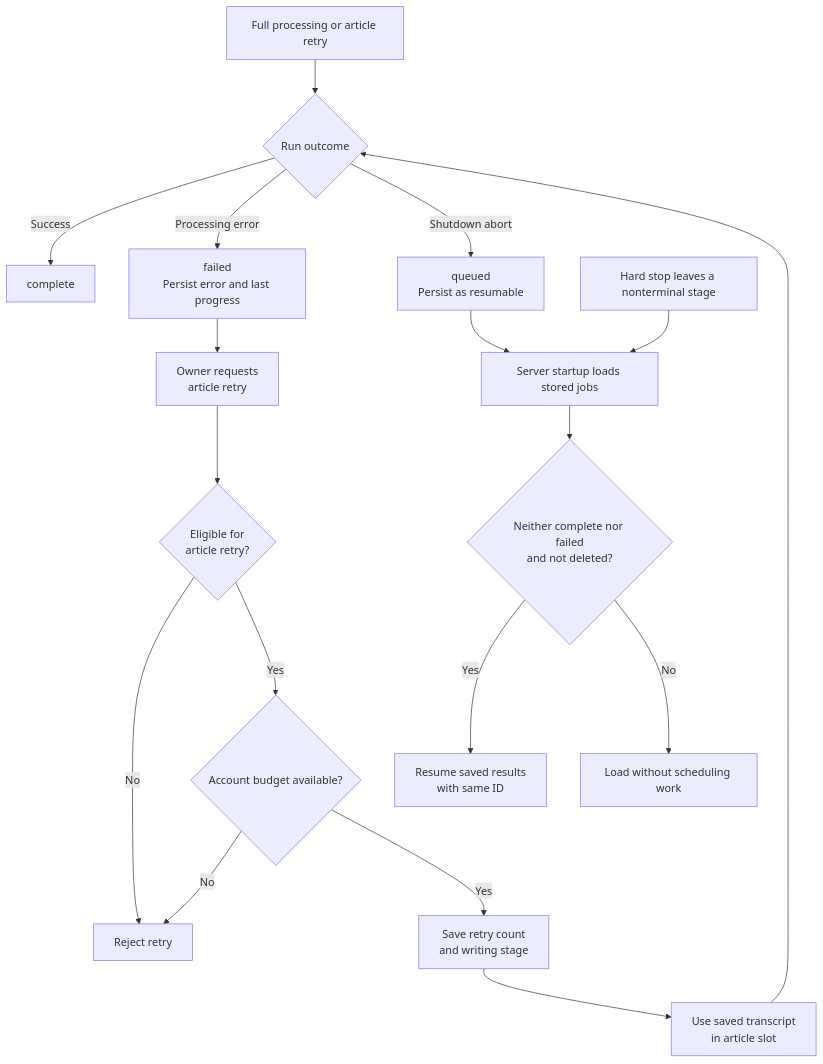
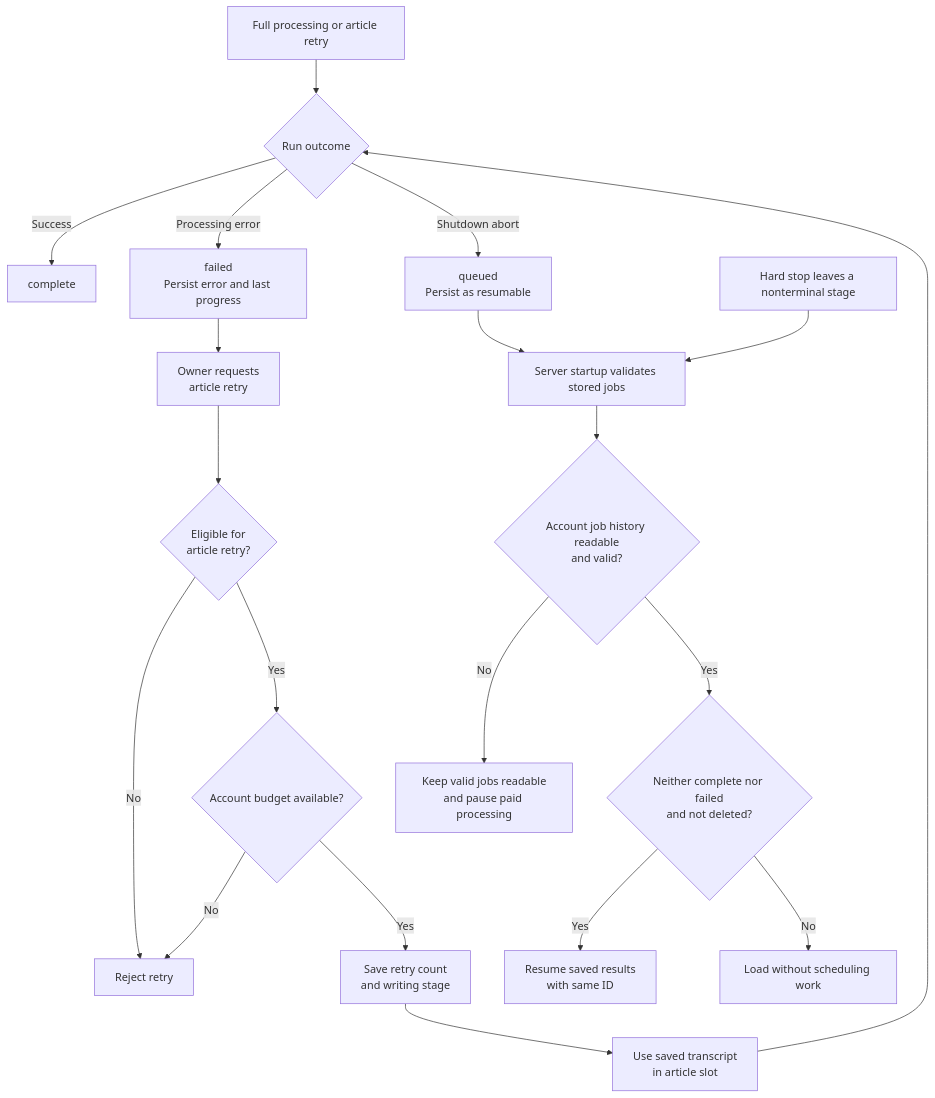
The second of 6 diagrams in docs/SERVICE-FLOWS.md (rogierslag/podcast2article), drawn with Mermaid before and after one commit. The commit also changed other lines of this file and 21 other files, not shown here.

Commit message:
Validate stored jobs and isolate corrupt records

````diff
--- a/docs/SERVICE-FLOWS.md
+++ b/docs/SERVICE-FLOWS.md
@@ -70,20 +70,22 @@
 ```mermaid
 flowchart TD
     Run["Full processing or article retry"] --> Outcome{"Run outcome"}
     Outcome -->|Success| Complete["complete"]
     Outcome -->|Processing error| Failed["failed<br/>Persist error and last progress"]
     Outcome -->|Shutdown abort| Queued["queued<br/>Persist as resumable"]
     Failed --> Retry["Owner requests<br/>article retry"]
     Retry --> Eligible{"Eligible for<br/>article retry?"}
     Eligible -->|No| Reject["Reject retry"]
     Eligible -->|Yes| Budget{"Account budget available?"}
     Budget -->|No| Reject
     Budget -->|Yes| Save["Save retry count<br/>and writing stage"]
     Save --> Article["Use saved transcript<br/>in article slot"]
     Article --> Outcome
-    Queued --> Startup["Server startup loads stored jobs"]
+    Queued --> Startup["Server startup validates stored jobs"]
     Interrupted["Hard stop leaves a nonterminal stage"] --> Startup
-    Startup --> Recover{"Neither complete nor failed<br/>and not deleted?"}
+    Startup --> History{"Account job history readable<br/>and valid?"}
+    History -->|No| Pause["Keep valid jobs readable<br/>and pause paid processing"]
+    History -->|Yes| Recover{"Neither complete nor failed<br/>and not deleted?"}
     Recover -->|Yes| Full["Resume saved results<br/>with same ID"]
     Recover -->|No| Retain["Load without scheduling work"]
 ```
````
